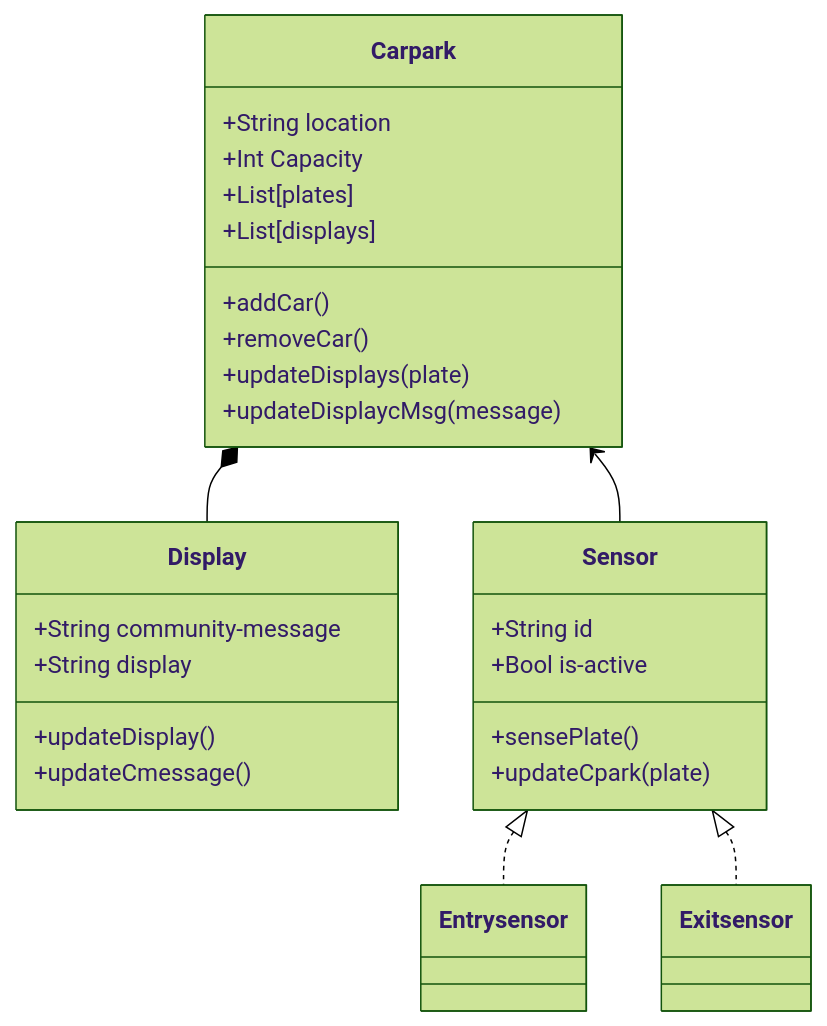
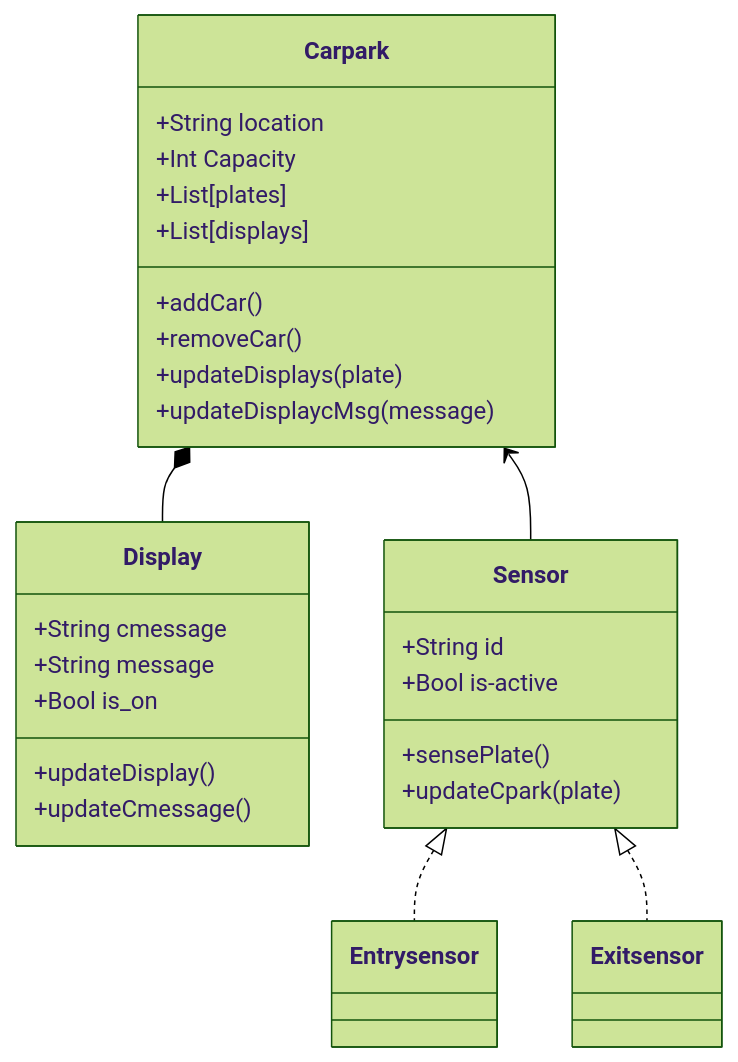
The diagram in Plan.md (Danyl1310/at3-ipriot-car-park-prj), drawn with Mermaid (forest theme) before and after one commit. The commit also changed 2 other files, not shown here.

Commit message:
initial setup of sensor and display classes.

````diff
--- a/Plan.md
+++ b/Plan.md
@@ -3,34 +3,35 @@
 ```mermaid
 classDiagram
     
 class Carpark {
     +String location
     +Int Capacity
     +List[plates]
     +List[displays]
     +addCar()
     +removeCar()
     +updateDisplays(plate)
     +updateDisplaycMsg(message)
     
 }
 
 class Display {
-    +String community-message
-    +String display
+    +String cmessage
+    +String message
+    +Bool is_on
     +updateDisplay()
     +updateCmessage()
 }
 
 class Sensor {
     +String id
     +Bool is-active
     +sensePlate()
     +updateCpark(plate)
 }
 Sensor <|.. Entrysensor
 Sensor <|.. Exitsensor
 Carpark *-- Display
 Carpark <-- Sensor
 
 ```
````
